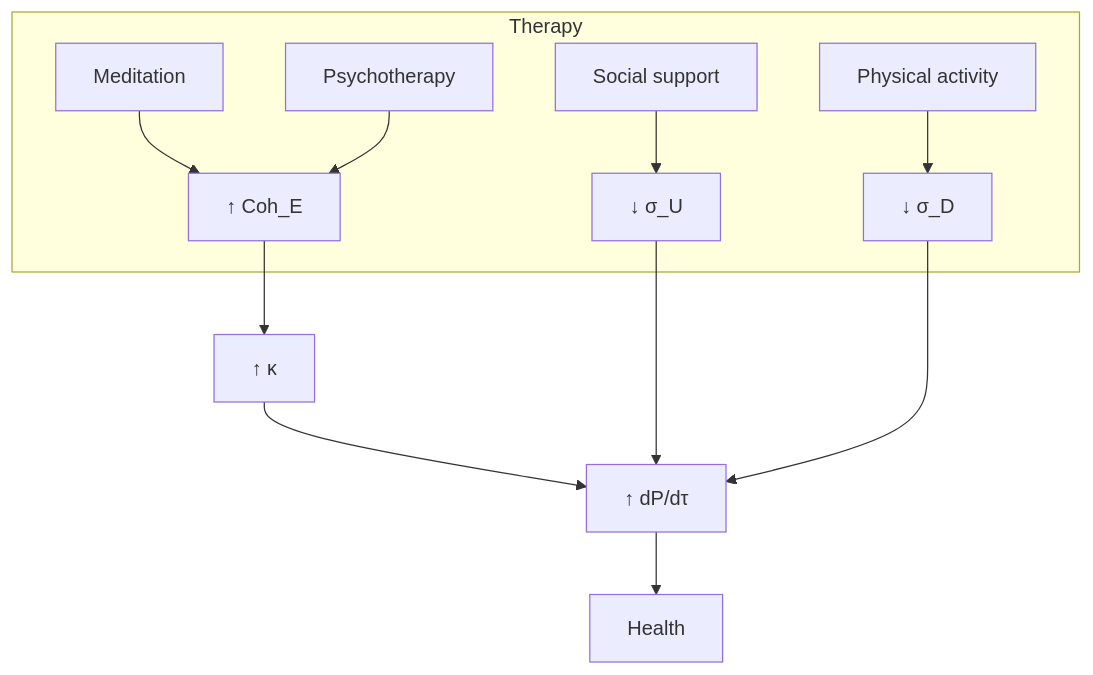
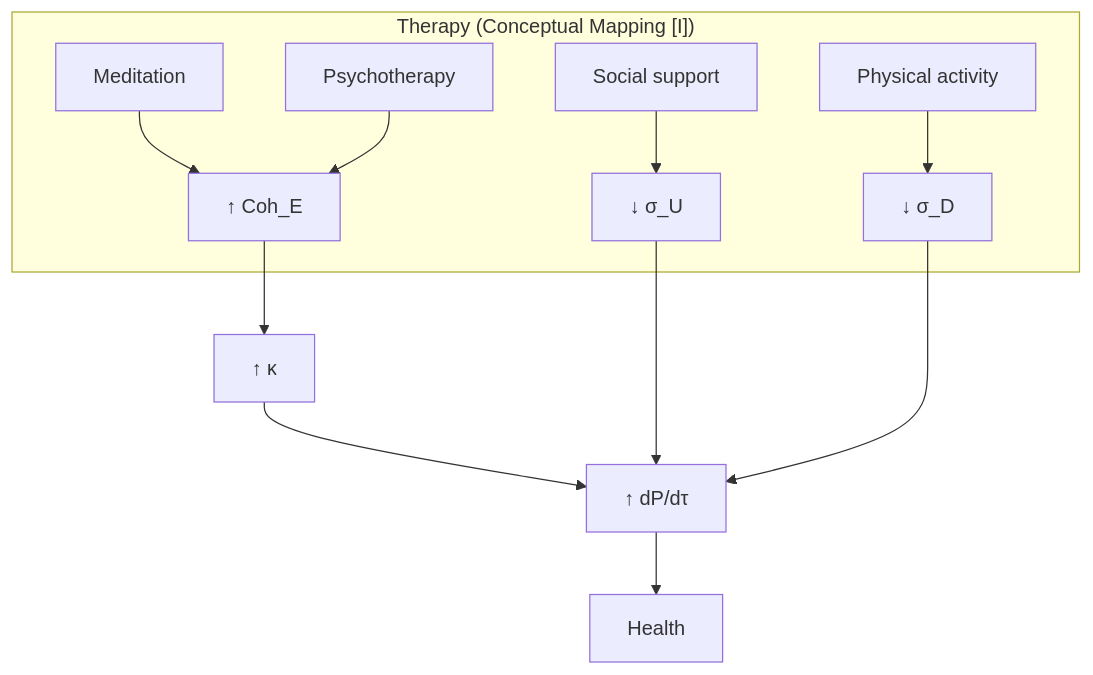
Before and after one commit to gst-st/uhm: the second of 2 diagrams in website/docs/applied/coherence-cybernetics/applications.md, drawn with Mermaid. The commit also changed other lines of this file and 376 other files, not shown here.

First line of the commit message:
Refactor UHM canon, decontaminate architecture, and verify EN/RU parity

````diff
--- a/website/docs/applied/coherence-cybernetics/applications.md
+++ b/website/docs/applied/coherence-cybernetics/applications.md
@@ -556,14 +547,14 @@
 ```mermaid
 graph TD
-    subgraph "Therapy"
+    subgraph "Therapy (Conceptual Mapping [I])"
         M[Meditation] --> CohE[↑ Coh_E]
         PT[Psychotherapy] --> CohE
         S[Social support] --> SigU[↓ σ_U]
         F[Physical activity] --> SigD[↓ σ_D]
     end
     CohE --> K[↑ κ]
     K --> dP[↑ dP/dτ]
     SigU --> dP
     SigD --> dP
     dP --> H[Health]
 ```
````
